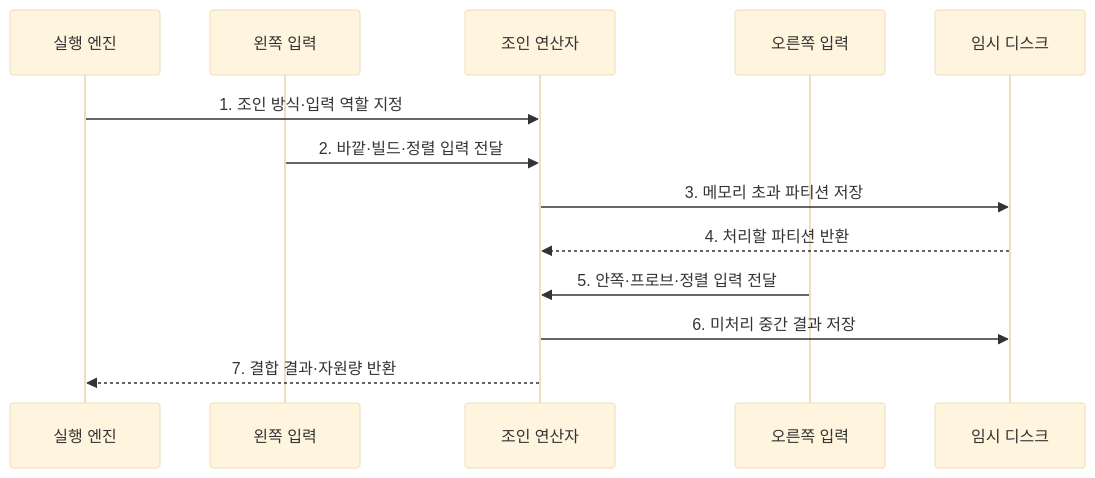
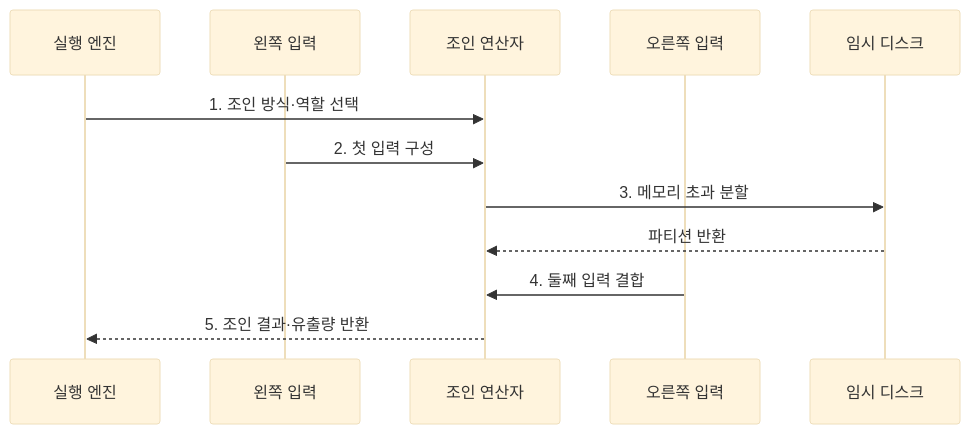
The second of 2 diagrams in src/content/docs/notes/03-software/096_join_algorithms.md (agnusdei1207/knowledge-base), drawn with Mermaid (base theme) before and after one commit. The commit also changed other lines of this file and 238 other files, not shown here.

````diff
--- a/src/content/docs/notes/03-software/096_join_algorithms.md
+++ b/src/content/docs/notes/03-software/096_join_algorithms.md
@@ -78,15 +78,14 @@
 ```mermaid
 sequenceDiagram
     participant Q as 실행 엔진
     participant L as 왼쪽 입력
     participant J as 조인 연산자
     participant R as 오른쪽 입력
     participant T as 임시 디스크
-    Q->>J: 1. 조인 방식·입력 역할 지정
-    L->>J: 2. 바깥·빌드·정렬 입력 전달
-    J->>T: 3. 메모리 초과 파티션 저장
-    T-->>J: 4. 처리할 파티션 반환
-    R->>J: 5. 안쪽·프로브·정렬 입력 전달
-    J->>T: 6. 미처리 중간 결과 저장
-    J-->>Q: 7. 결합 결과·자원량 반환
+    Q->>J: 1. 조인 방식·역할 선택
+    L->>J: 2. 첫 입력 구성
+    J->>T: 3. 메모리 초과 분할
+    T-->>J: 파티션 반환
+    R->>J: 4. 둘째 입력 결합
+    J-->>Q: 5. 조인 결과·유출량 반환
 ```
````
